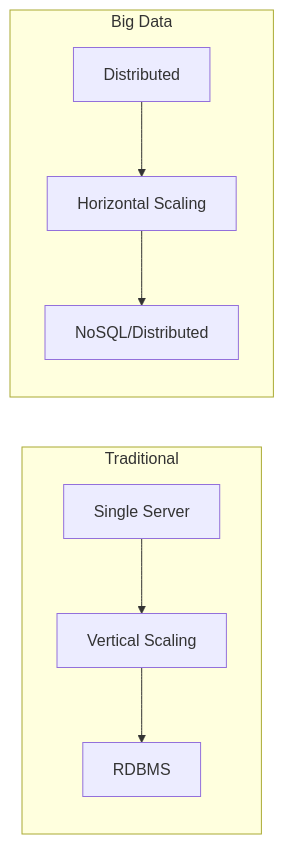
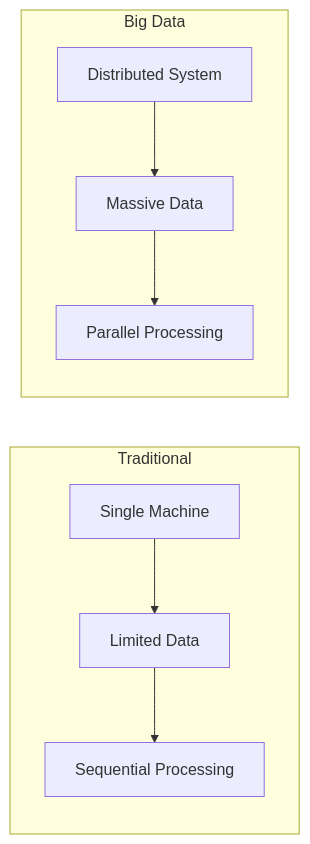
Before and after one commit to veltzer/teaching-slides: the diagram in mermaid/marp/courses/apache-spark-with-scala/01_introduction_to_spark.md/1.mmd, drawn with Mermaid. The commit also changed 27 other files, not shown here.

```diff
--- a/mermaid/marp/courses/apache-spark-with-scala/01_introduction_to_spark.md/1.mmd
+++ b/mermaid/marp/courses/apache-spark-with-scala/01_introduction_to_spark.md/1.mmd
@@ -1,9 +1,10 @@
 graph LR
     subgraph Traditional
-    A[Single Server] --> B[Vertical Scaling]
-    B --> C[RDBMS]
+    A[Single Machine] --> B[Limited Data]
+    B --> C[Sequential Processing]
     end
+    
     subgraph Big Data
-    D[Distributed] --> E[Horizontal Scaling]
-    E --> F[NoSQL/Distributed]
+    D[Distributed System] --> E[Massive Data]
+    E --> F[Parallel Processing]
     end
```
